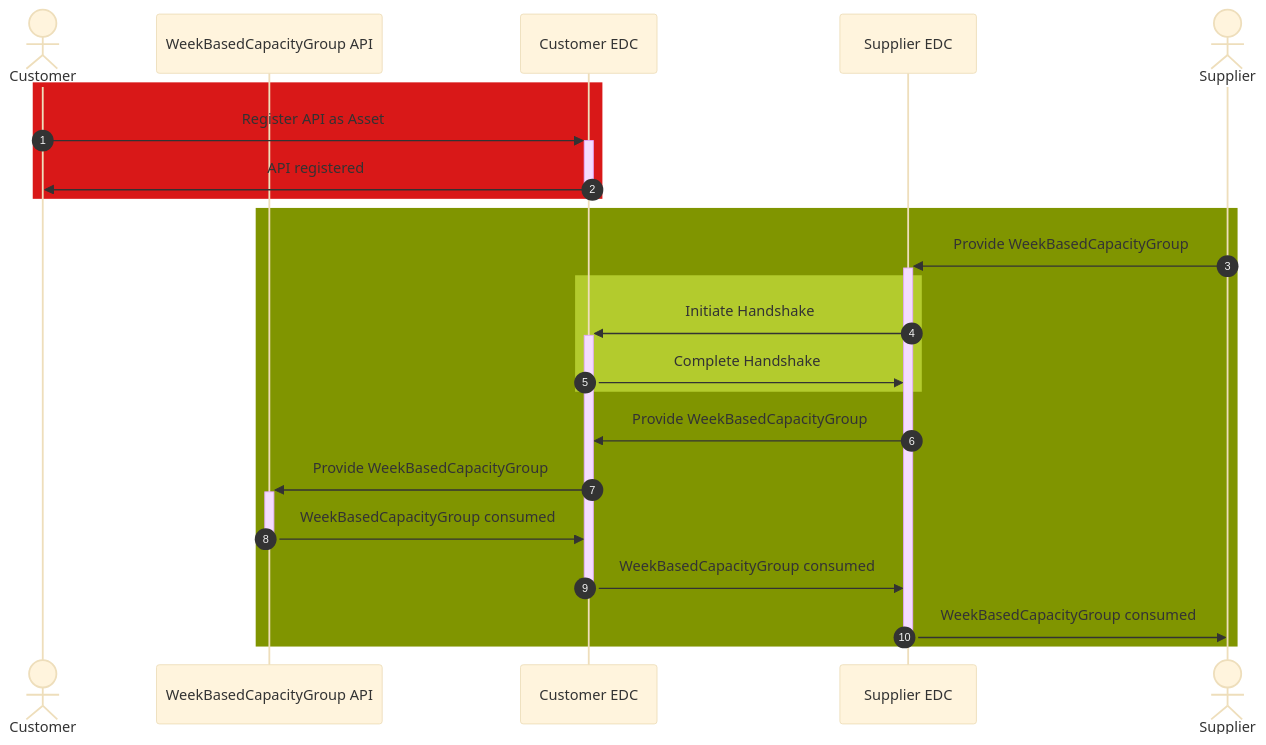
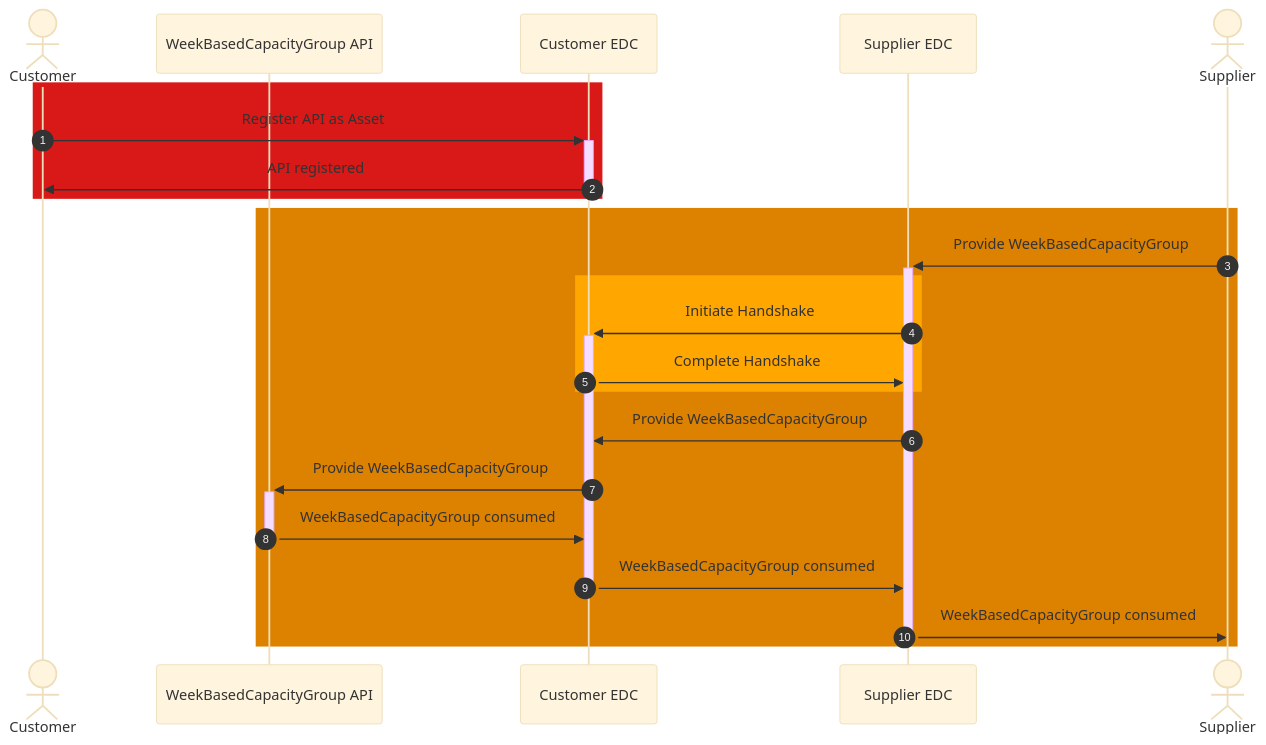
Before and after one commit to eclipse-tractusx/eclipse-tractusx.github.io: the diagram in docs-kits_versioned_docs/version-25.03/kits/demand-and-capacity-management-kit/development-view/api-capacity-group.md, drawn with Mermaid (base theme).

````diff
--- a/docs-kits_versioned_docs/version-25.03/kits/demand-and-capacity-management-kit/development-view/api-capacity-group.md
+++ b/docs-kits_versioned_docs/version-25.03/kits/demand-and-capacity-management-kit/development-view/api-capacity-group.md
@@ -22,27 +22,27 @@
 ```mermaid
 sequenceDiagram
 autonumber
     actor c as Customer 
     participant a as WeekBasedCapacityGroup API
     participant ce as Customer EDC
     participant se as Supplier EDC    
     actor s as Supplier
     
     rect rgb(217,24,24)
-    c->>+ce: Register API as Asset
-    ce->>-c: API registered
+      c->>+ce: Register API as Asset
+      ce->>-c: API registered
     end
-    rect rgb(128,149,00)
-    s->>+se: Provide WeekBasedCapacityGroup
-    rect rgb(179,203,45)
-    se->>+ce: Initiate Handshake
-    ce->>se: Complete Handshake
-    end
-    se->>ce: Provide WeekBasedCapacityGroup
-    ce->>+a: Provide WeekBasedCapacityGroup
-    a->>-ce: WeekBasedCapacityGroup consumed
-    ce->>-se: WeekBasedCapacityGroup consumed
-    se->>-s: WeekBasedCapacityGroup consumed
+    rect rgb(221,130,0)
+      s->>+se: Provide WeekBasedCapacityGroup
+      rect rgb(255,166,0)
+        se->>+ce: Initiate Handshake
+        ce->>se: Complete Handshake
+      end
+      se->>ce: Provide WeekBasedCapacityGroup
+      ce->>+a: Provide WeekBasedCapacityGroup
+      a->>-ce: WeekBasedCapacityGroup consumed
+      ce->>-se: WeekBasedCapacityGroup consumed
+      se->>-s: WeekBasedCapacityGroup consumed
     
     end
 ```
````
